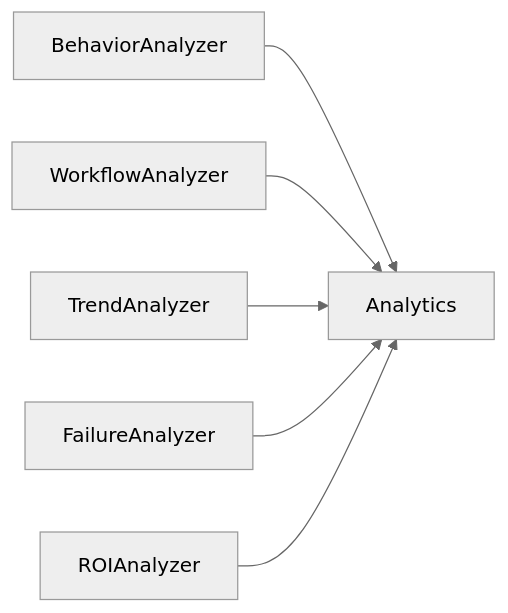
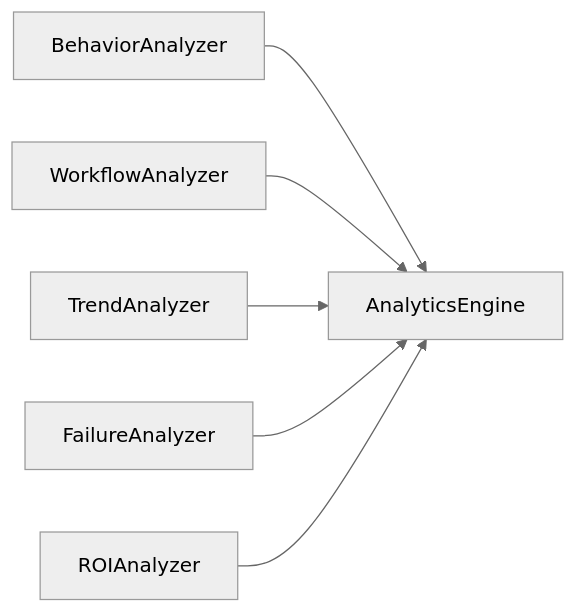
One commit to saga/Agent-Efficiency-Advisor changed the fourth of 4 diagrams in v7.md. Above: the diagram before and after it, drawn with Mermaid (neutral theme). The commit also changed other lines of this file, not shown here.

````diff
--- a/v7.md
+++ b/v7.md
@@ -449,13 +197,9 @@
 ```mermaid
 flowchart LR
 
-BehaviorAnalyzer --> Analytics
-
-WorkflowAnalyzer --> Analytics
-
-TrendAnalyzer --> Analytics
-
-FailureAnalyzer --> Analytics
-
-ROIAnalyzer --> Analytics
+BehaviorAnalyzer --> AnalyticsEngine
+WorkflowAnalyzer --> AnalyticsEngine
+TrendAnalyzer --> AnalyticsEngine
+FailureAnalyzer --> AnalyticsEngine
+ROIAnalyzer --> AnalyticsEngine
 ```
````
